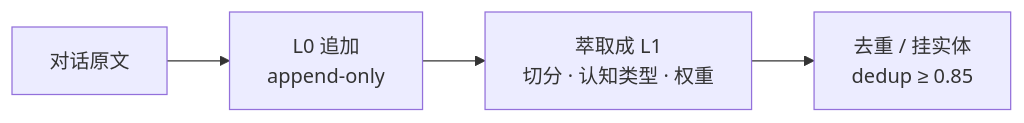
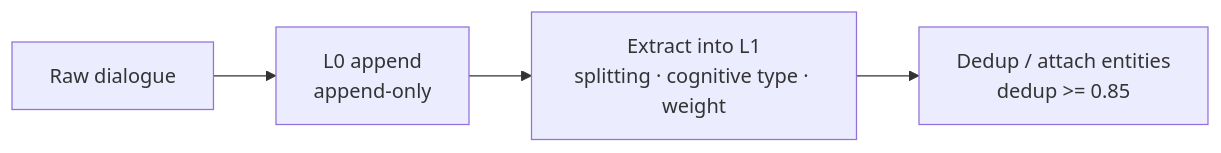
The third of 5 diagrams in docs/ARCHITECTURE.md (cstksniper/hippocampus-mcp), drawn with Mermaid before and after one commit. The commit also changed other lines of this file and 2 other files, not shown here.

Commit message:
docs: bilingual ARCHITECTURE - English trunk + Chinese edition

````diff
--- a/docs/ARCHITECTURE.md
+++ b/docs/ARCHITECTURE.md
@@ -98,6 +130,6 @@
 ```mermaid
 flowchart LR
-    A["对话原文"] --> B["L0 追加<br/>append-only"]
-    B --> C["萃取成 L1<br/>切分 · 认知类型 · 权重"]
-    C --> D["去重 / 挂实体<br/>dedup ≥ 0.85"]
+    A["Raw dialogue"] --> B["L0 append<br/>append-only"]
+    B --> C["Extract into L1<br/>splitting · cognitive type · weight"]
+    C --> D["Dedup / attach entities<br/>dedup >= 0.85"]
 ```
````
